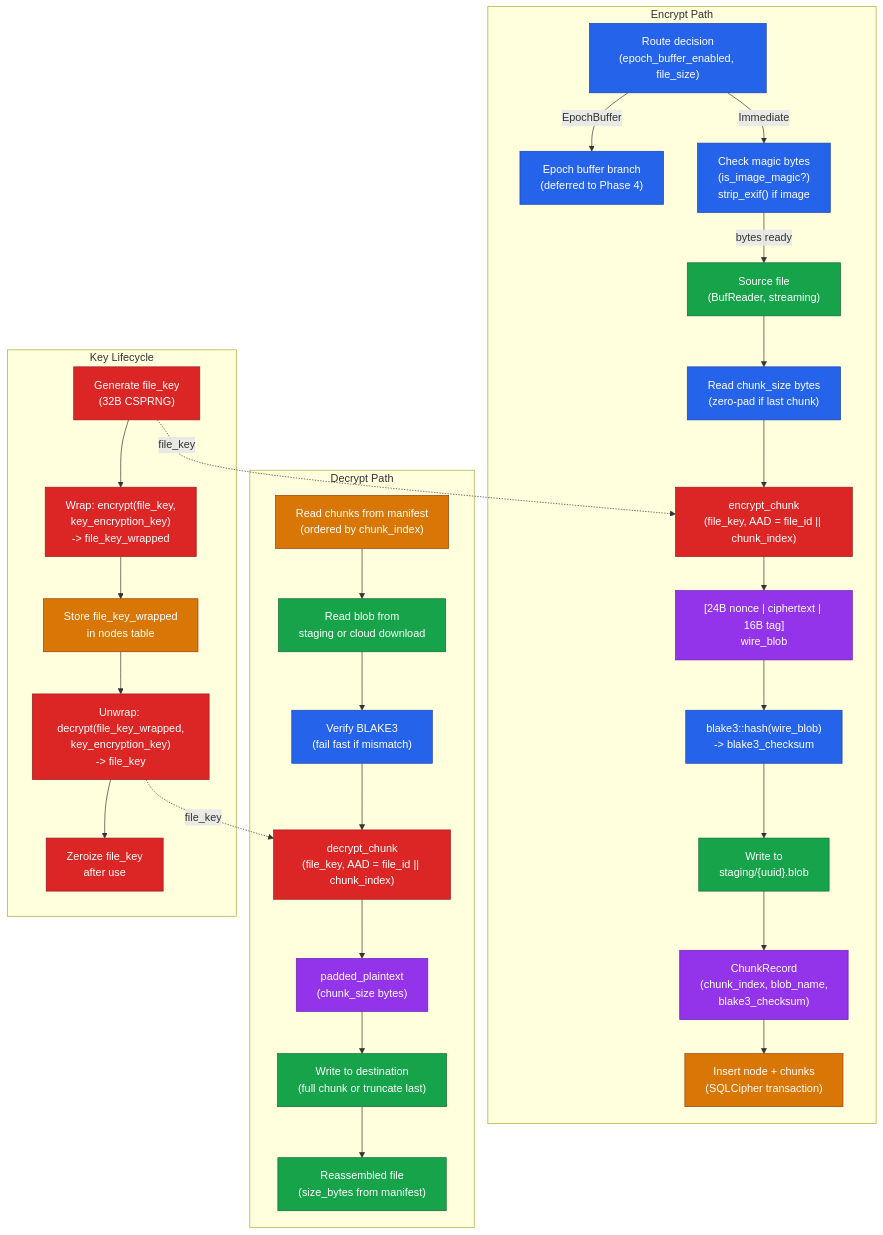
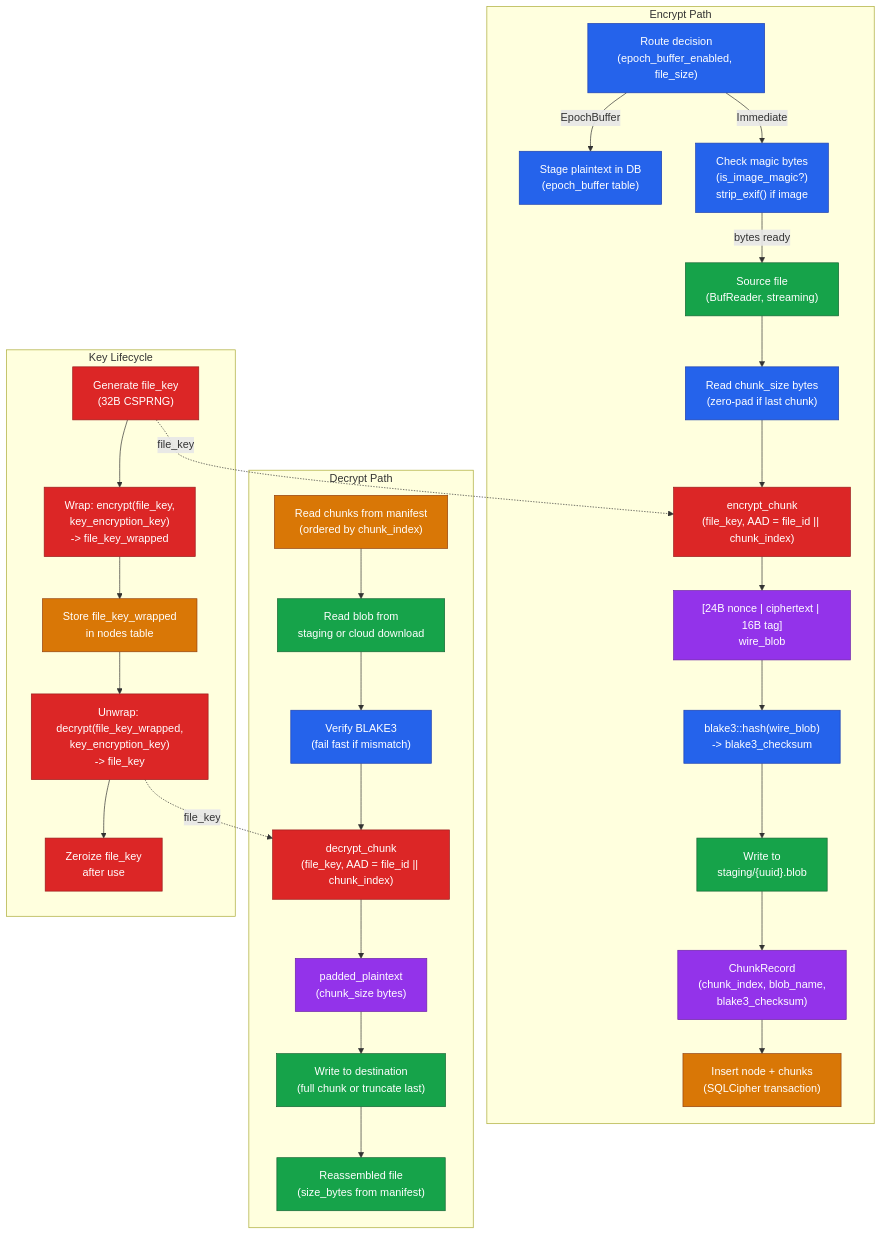
Before and after one commit to salgaard/arx-runa: the diagram in docs/architecture/designs/chunking-and-manifest/diagrams/chunk-pipeline.md, drawn with Mermaid. The commit also changed 101 other files, not shown here.

````diff
--- a/docs/architecture/designs/chunking-and-manifest/diagrams/chunk-pipeline.md
+++ b/docs/architecture/designs/chunking-and-manifest/diagrams/chunk-pipeline.md
@@ -6,53 +6,53 @@
 ```mermaid
 flowchart TD
     subgraph ENCRYPT ["Encrypt Path"]
         E0["Route decision<br/>(epoch_buffer_enabled, file_size)"]:::proc
-        E0B["Epoch buffer branch<br/>(deferred to Phase 4)"]:::proc
+        E0B["Stage plaintext in DB<br/>(epoch_buffer table)"]:::proc
         EXIF["Check magic bytes<br/>(is_image_magic?)<br/>strip_exif() if image"]:::proc
         E1["Source file<br/>(BufReader, streaming)"]:::io
         E2["Read chunk_size bytes<br/>(zero-pad if last chunk)"]:::proc
         E3["encrypt_chunk<br/>(file_key, AAD = file_id #124;#124; chunk_index)"]:::crypto
         E4["[24B nonce #124; ciphertext #124; 16B tag]<br/>wire_blob"]:::data
         E5["blake3::hash(wire_blob)<br/>-> blake3_checksum"]:::proc
         E6["Write to<br/>staging/{uuid}.blob"]:::io
         E7["ChunkRecord<br/>(chunk_index, blob_name,<br/>blake3_checksum)"]:::data
         E8["Insert node + chunks<br/>(SQLCipher transaction)"]:::db
     end
 
     subgraph DECRYPT ["Decrypt Path"]
         D1["Read chunks from manifest<br/>(ordered by chunk_index)"]:::db
         D2["Read blob from<br/>staging or cloud download"]:::io
         D3["Verify BLAKE3<br/>(fail fast if mismatch)"]:::proc
         D4["decrypt_chunk<br/>(file_key, AAD = file_id #124;#124; chunk_index)"]:::crypto
         D5["padded_plaintext<br/>(chunk_size bytes)"]:::data
         D6["Write to destination<br/>(full chunk or truncate last)"]:::io
         D7["Reassembled file<br/>(size_bytes from manifest)"]:::io
     end
 
     subgraph KEYS ["Key Lifecycle"]
         K1["Generate file_key<br/>(32B CSPRNG)"]:::crypto
         K2["Wrap: encrypt(file_key,<br/>key_encryption_key)<br/>-> file_key_wrapped"]:::crypto
         K3["Store file_key_wrapped<br/>in nodes table"]:::db
         K4["Unwrap: decrypt(file_key_wrapped,<br/>key_encryption_key)<br/>#45;#62; file_key"]:::crypto
         K5["Zeroize file_key<br/>after use"]:::crypto
     end
 
     K1 --> K2 --> K3
     K3 --> K4 --> K5
 
     E0 -->|Immediate| EXIF
     E0 -->|EpochBuffer| E0B
     EXIF -->|bytes ready| E1
     E1 --> E2 --> E3
     K1 -.->|file_key| E3
     E3 --> E4 --> E5 --> E6 --> E7 --> E8
 
     D1 --> D2 --> D3 --> D4 --> D5 --> D6 --> D7
     K4 -.->|file_key| D4
 
     classDef io fill:#16a34a,stroke:#166534,color:#fff
     classDef proc fill:#2563eb,stroke:#1e40af,color:#fff
     classDef crypto fill:#dc2626,stroke:#991b1b,color:#fff
     classDef data fill:#9333ea,stroke:#6b21a8,color:#fff
     classDef db fill:#d97706,stroke:#92400e,color:#fff
 ```
````
